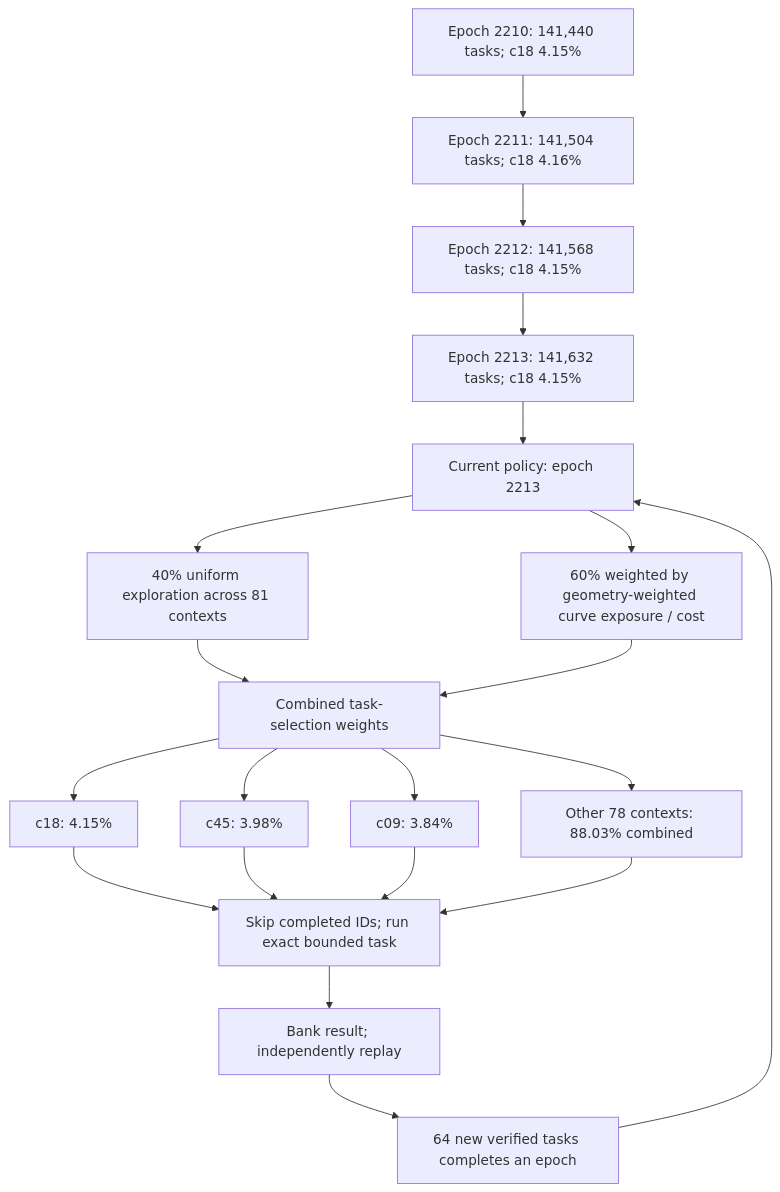
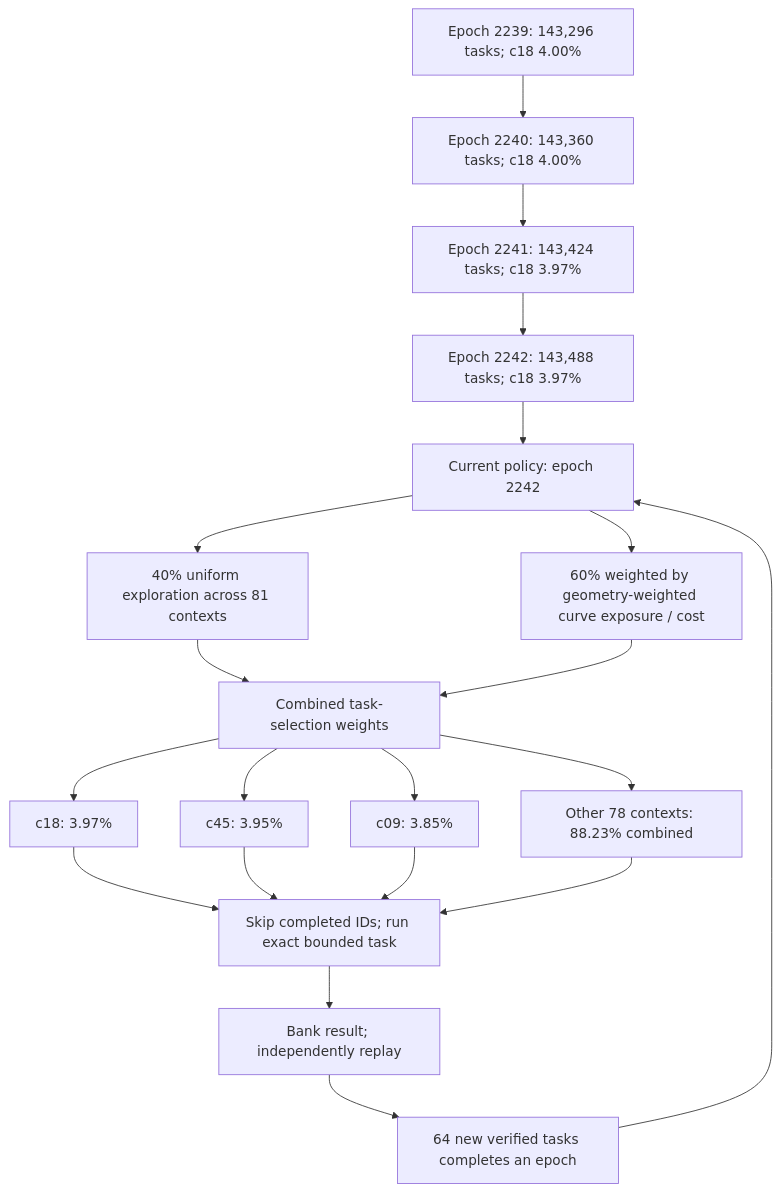
One commit to Kuberwastaken/math-gambling changed the first of 3 diagrams in README.md. Above: the diagram before and after it, drawn with Mermaid. The commit also changed other lines of this file and 3683 other files, not shown here.

````diff
--- a/README.md
+++ b/README.md
@@ -56,27 +56,27 @@
 ```mermaid
 flowchart TD
-    H0["Epoch 2210: 141,440 tasks; c18 4.15%"]
-    H1["Epoch 2211: 141,504 tasks; c18 4.16%"]
+    H0["Epoch 2239: 143,296 tasks; c18 4.00%"]
+    H1["Epoch 2240: 143,360 tasks; c18 4.00%"]
     H0 --> H1
-    H2["Epoch 2212: 141,568 tasks; c18 4.15%"]
+    H2["Epoch 2241: 143,424 tasks; c18 3.97%"]
     H1 --> H2
-    H3["Epoch 2213: 141,632 tasks; c18 4.15%"]
+    H3["Epoch 2242: 143,488 tasks; c18 3.97%"]
     H2 --> H3
-    Policy["Current policy: epoch 2213"]
+    Policy["Current policy: epoch 2242"]
     H3 --> Policy
     Policy --> Explore["40% uniform exploration across 81 contexts"]
     Policy --> Cost["60% weighted by geometry-weighted curve exposure / cost"]
     Explore --> Mix["Combined task-selection weights"]
     Cost --> Mix
-    Mix --> C0["c18: 4.15%"]
-    Mix --> C1["c45: 3.98%"]
-    Mix --> C2["c09: 3.84%"]
-    Mix --> Rest["Other 78 contexts: 88.03% combined"]
+    Mix --> C0["c18: 3.97%"]
+    Mix --> C1["c45: 3.95%"]
+    Mix --> C2["c09: 3.85%"]
+    Mix --> Rest["Other 78 contexts: 88.23% combined"]
     C0 --> Check["Skip completed IDs; run exact bounded task"]
     C1 --> Check
     C2 --> Check
     Rest --> Check
     Check --> Replay["Bank result; independently replay"]
     Replay --> Gate["64 new verified tasks completes an epoch"]
     Gate --> Policy
 ```
````
